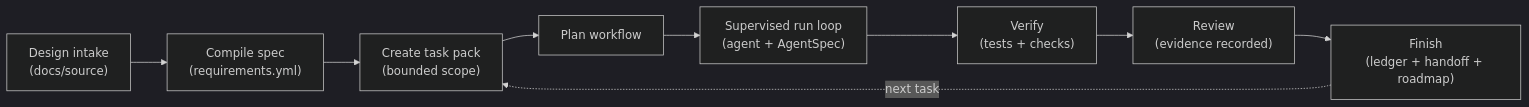
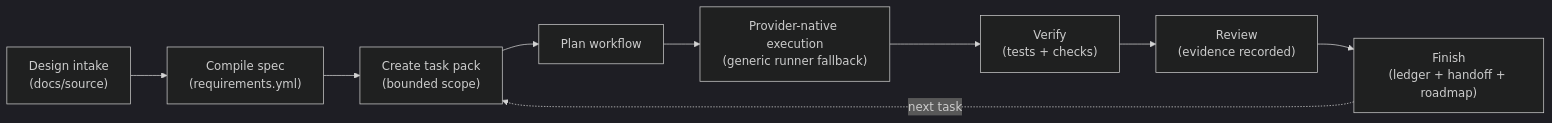
The diagram in README.md (yimwoo/agent-spec), drawn with Mermaid (dark theme) before and after one commit. The commit also changed other lines of this file and 21 other files, not shown here.

Commit message:
feat: prefer provider-native task execution

````diff
--- a/README.md
+++ b/README.md
@@ -189,11 +199,11 @@
 ```mermaid
 flowchart LR
   A["Design intake<br/>(docs/source)"] --> B["Compile spec<br/>(requirements.yml)"]
   B --> C["Create task pack<br/>(bounded scope)"]
   C --> D["Plan workflow"]
-  D --> E["Supervised run loop<br/>(agent + AgentSpec)"]
+  D --> E["Provider-native execution<br/>(generic runner fallback)"]
   E --> F["Verify<br/>(tests + checks)"]
   F --> G["Review<br/>(evidence recorded)"]
   G --> H["Finish<br/>(ledger + handoff + roadmap)"]
   H -.->|next task| C
 ```
````
